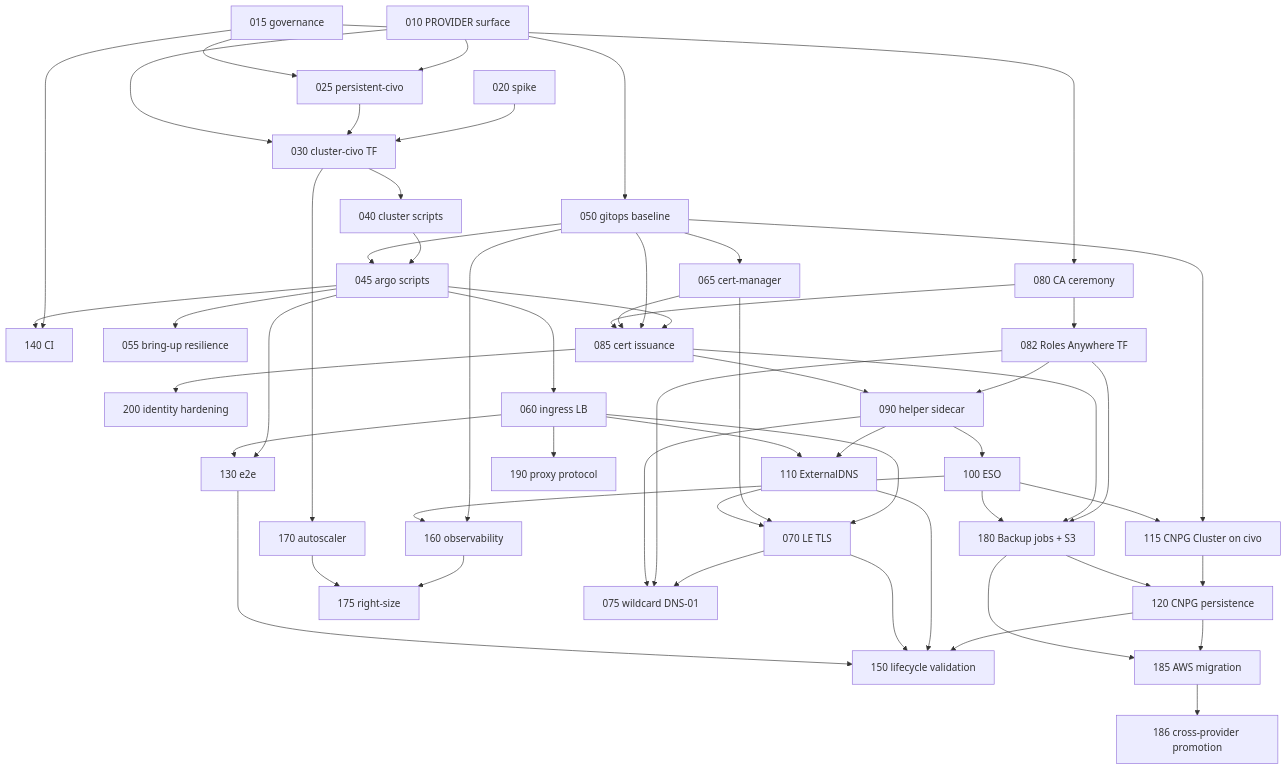
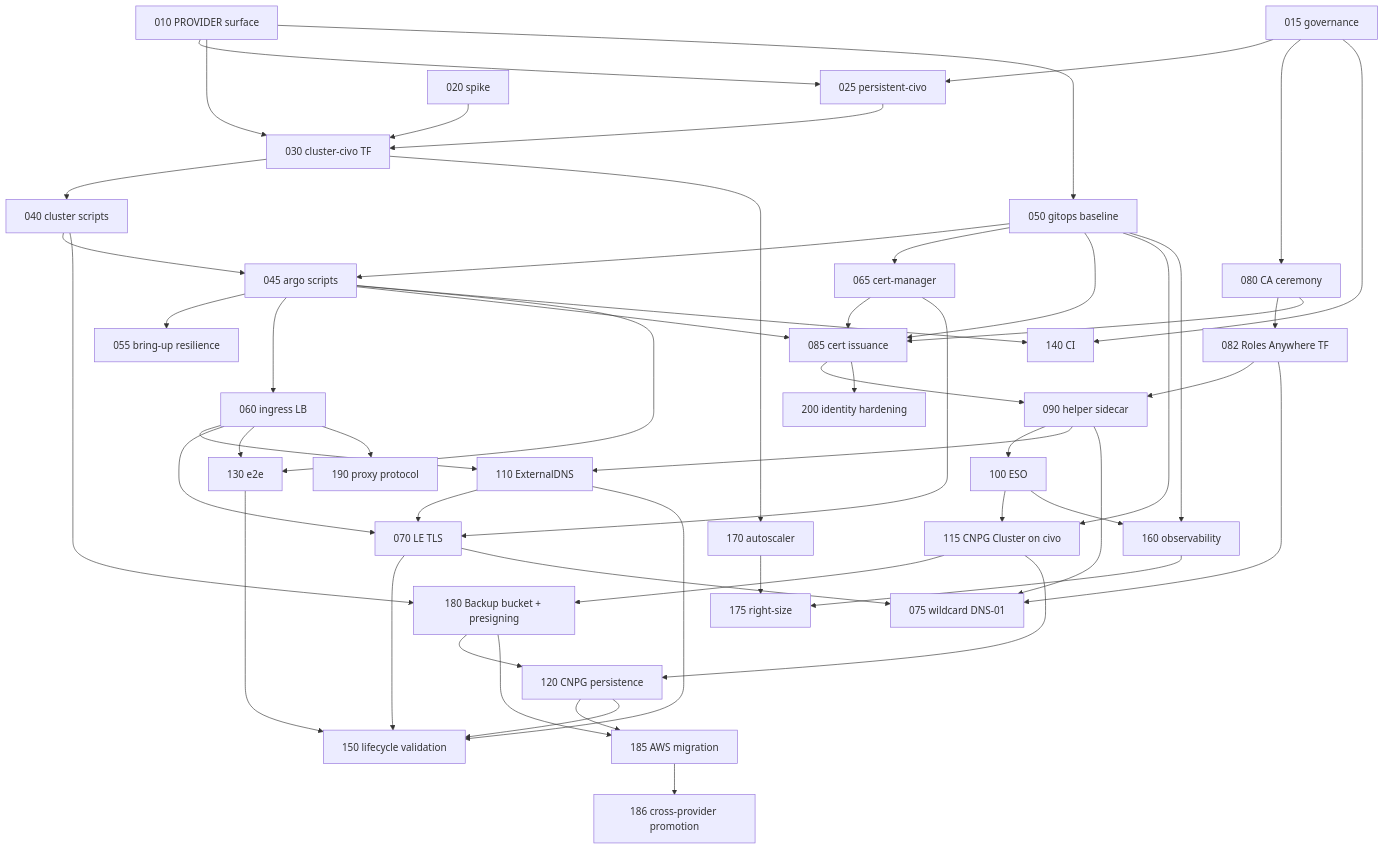
Before and after one commit to savak1990/vk-lab-platform: the diagram in specs/civo/roadmap.md, drawn with Mermaid. The commit also changed other lines of this file and 8 other files, not shown here.

````diff
--- a/specs/civo/roadmap.md
+++ b/specs/civo/roadmap.md
@@ -13,57 +13,56 @@
 ```mermaid
 flowchart TD
   010[010 PROVIDER surface] --> 025[025 persistent-civo]
   015[015 governance] --> 025
   015 --> 080[080 CA ceremony]
   015 --> 140[140 CI]
   020[020 spike] --> 030[030 cluster-civo TF]
   025 --> 030
   010 --> 030
   010 --> 050[050 gitops baseline]
   030 --> 040[040 cluster scripts]
   030 --> 170[170 autoscaler]
   040 --> 045[045 argo scripts]
   050 --> 045
   045 --> 055[055 bring-up resilience]
   045 --> 060[060 ingress LB]
   050 --> 065[065 cert-manager]
   080 --> 082[082 Roles Anywhere TF]
   045 --> 085[085 cert issuance]
   050 --> 085
   065 --> 085
   080 --> 085
   082 --> 090[090 helper sidecar]
   085 --> 090
   090 --> 100[100 ESO]
   090 --> 110[110 ExternalDNS]
   060 --> 110
   060 --> 070[070 LE TLS]
   065 --> 070
   110 --> 070
-  082 --> 180[180 Backup jobs + S3]
-  085 --> 180
-  100 --> 180
+  040 --> 180[180 Backup bucket + presigning]
   050 --> 115[115 CNPG Cluster on civo]
   100 --> 115
+  115 --> 180
   115 --> 120[120 CNPG persistence]
   180 --> 120
   120 --> 185[185 AWS migration]
   180 --> 185
   185 --> 186[186 cross-provider promotion]
   045 --> 130[130 e2e]
   060 --> 130
   045 --> 140
   050 --> 160[160 observability]
   100 --> 160
   120 --> 150[150 lifecycle validation]
   110 --> 150
   070 --> 150
   070 --> 075[075 wildcard DNS-01]
   082 --> 075
   090 --> 075
   130 --> 150
   160 --> 175[175 right-size]
   170 --> 175
   060 --> 190[190 proxy protocol]
   085 --> 200[200 identity hardening]
 ```
````
